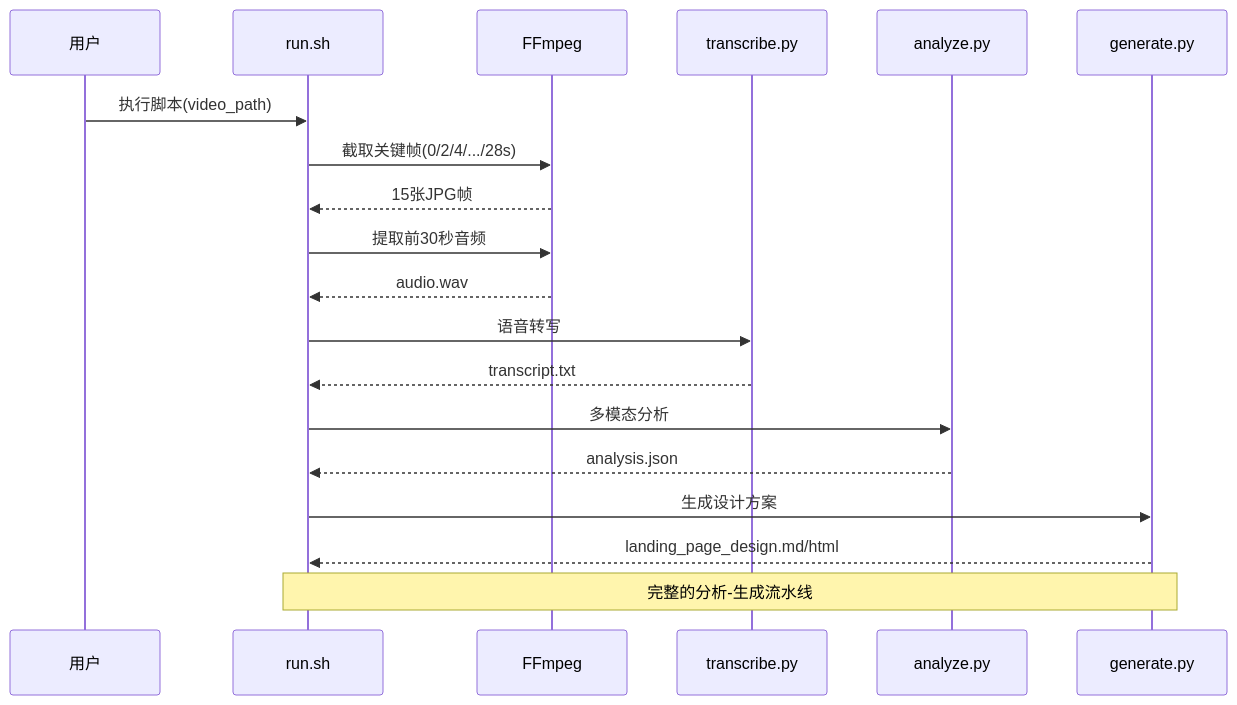
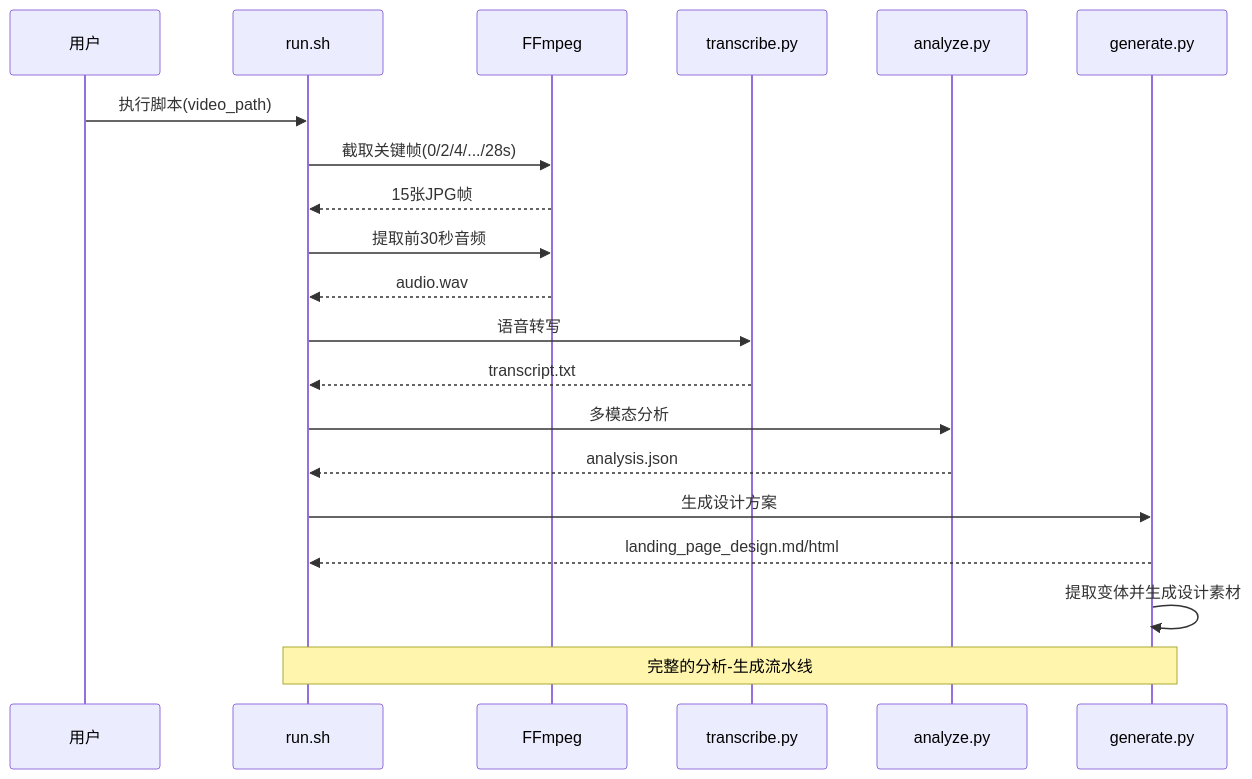
The second of 11 diagrams in .qoder/repowiki/zh/content/核心模块详解/方案生成模块.md (WongMingJiu/landingpage-test-hero-page), drawn with Mermaid before and after one commit. The commit also changed other lines of this file and 11 other files, not shown here.

````diff
--- a/.qoder/repowiki/zh/content/核心模块详解/方案生成模块.md
+++ b/.qoder/repowiki/zh/content/核心模块详解/方案生成模块.md
@@ -136,21 +142,22 @@
 ```mermaid
 sequenceDiagram
 participant User as 用户
 participant Run as run.sh
 participant FFmpeg as FFmpeg
 participant Transcribe as transcribe.py
 participant Analyze as analyze.py
 participant Generate as generate.py
 User->>Run : 执行脚本(video_path)
 Run->>FFmpeg : 截取关键帧(0/2/4/.../28s)
 FFmpeg-->>Run : 15张JPG帧
 Run->>FFmpeg : 提取前30秒音频
 FFmpeg-->>Run : audio.wav
 Run->>Transcribe : 语音转写
 Transcribe-->>Run : transcript.txt
 Run->>Analyze : 多模态分析
 Analyze-->>Run : analysis.json
 Run->>Generate : 生成设计方案
 Generate-->>Run : landing_page_design.md/html
+Generate->>Generate : 提取变体并生成设计素材
 Note over Run,Generate : 完整的分析-生成流水线
 ```
````
